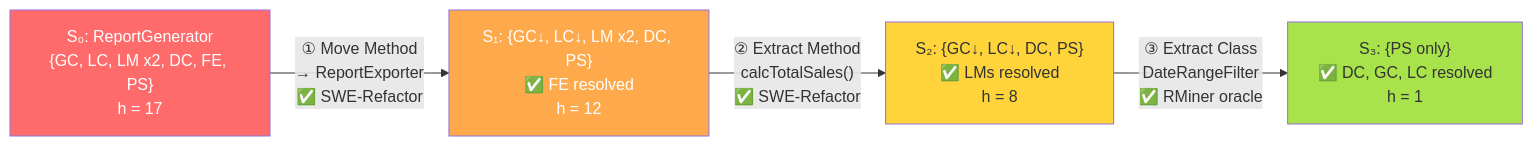
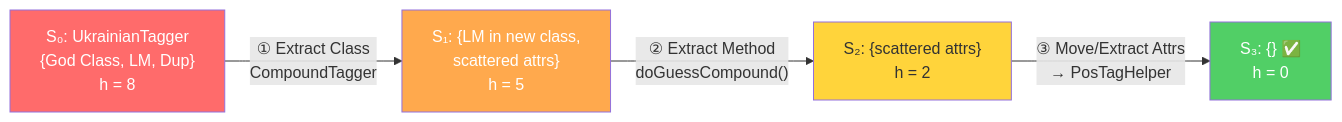
Before and after one commit to hpietukhin/smellai: the sixth of 9 diagrams in slides_planning.md, drawn with Mermaid. The commit also changed other lines of this file, not shown here.

````diff
--- a/slides_planning.md
+++ b/slides_planning.md
@@ -697,13 +1015,11 @@
 ```mermaid
 graph LR
-  S0["S₀: ReportGenerator<br/>{GC, LC, LM x2, DC, FE, PS}<br/>h = 17"] -->|"① Move Method<br/>→ ReportExporter<br/>✅ SWE-Refactor"| S1["S₁: {GC↓, LC↓, LM x2, DC, PS}<br/>✅ FE resolved<br/>h = 12"]
-
-  S1 -->|"② Extract Method<br/>calcTotalSales()<br/>✅ SWE-Refactor"| S2["S₂: {GC↓, LC↓, DC, PS}<br/>✅ LMs resolved<br/>h = 8"]
-
-  S2 -->|"③ Extract Class<br/>DateRangeFilter<br/>✅ RMiner oracle"| S3["S₃: {PS only}<br/>✅ DC, GC, LC resolved<br/>h = 1"]
+  S0["S₀: UkrainianTagger<br/>{God Class, LM, Dup}<br/>h = 8"] -->|"① Extract Class<br/>CompoundTagger"| S1["S₁: {LM in new class,<br/>scattered attrs}<br/>h = 5"]
+  S1 -->|"② Extract Method<br/>doGuessCompound()"| S2["S₂: {scattered attrs}<br/>h = 2"]
+  S2 -->|"③ Move/Extract Attrs<br/>→ PosTagHelper"| S3["S₃: {} ✅<br/>h = 0"]
 
   style S0 fill:#ff6b6b,color:#fff
   style S1 fill:#ffa94d,color:#fff
   style S2 fill:#ffd43b,color:#333
-  style S3 fill:#a9e34b,color:#333
+  style S3 fill:#51cf66,color:#fff
 ```
````
